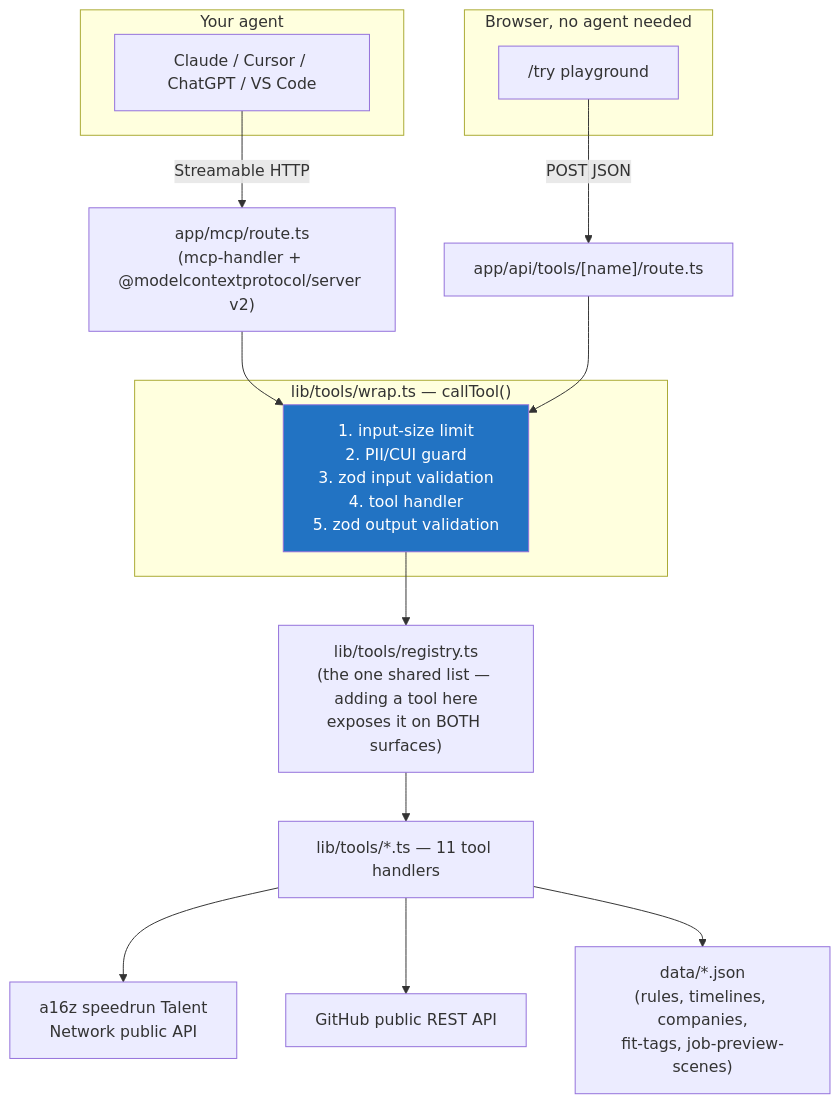
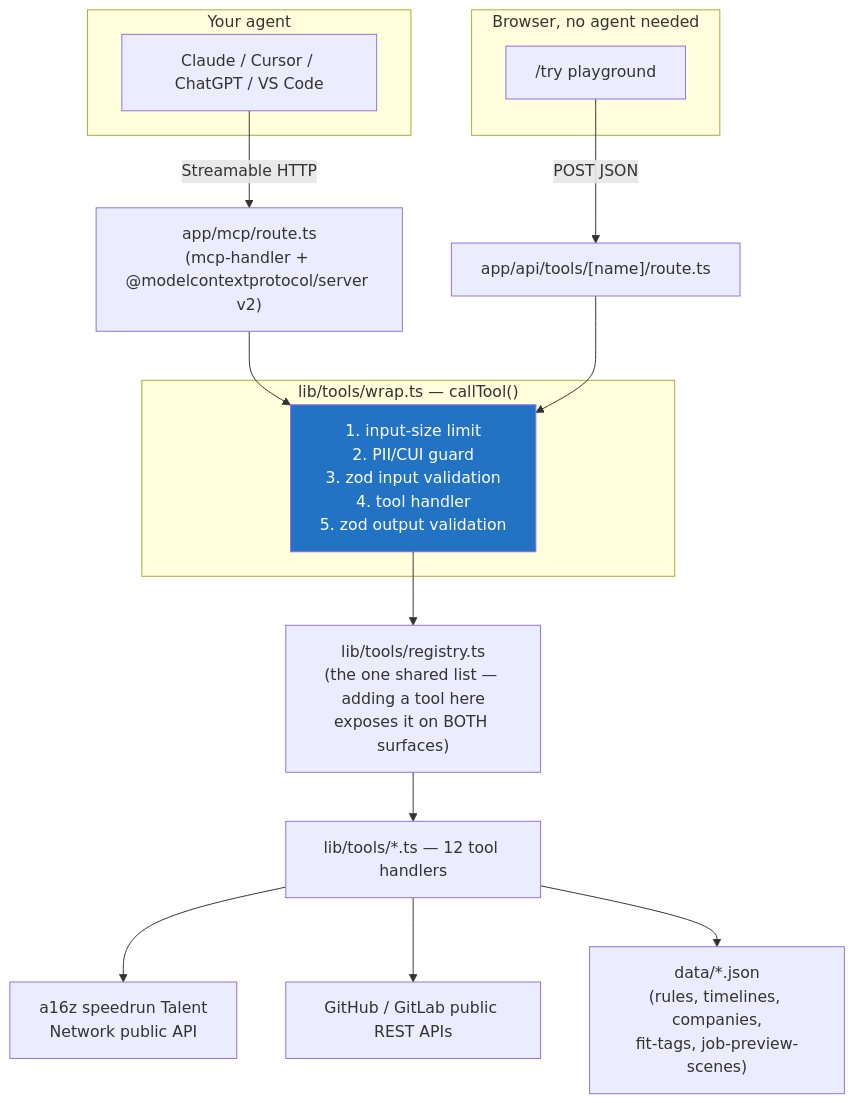
The diagram in README.md (JiwaniZakir/clearance-lens), drawn with Mermaid before and after one commit. The commit also changed other lines of this file, not shown here.

Commit message:
docs: README was still listing 11 tools, missing prepare_signed_attestation and the GitLab path
Caught before persisting README content as judge-visible input for round
7 — the tools table, tool-handler count, and architecture diagram's
upstream-API label all predate Clearance Lens v2 (D-032).

Claude-Session: https://claude.ai/code/session_01NYP64oj4ozpMEBRBsEvb6p

````diff
--- a/README.md
+++ b/README.md
@@ -66,28 +67,28 @@
 ```mermaid
 flowchart TB
     subgraph clients["Your agent"]
         A[Claude / Cursor / ChatGPT / VS Code]
     end
     subgraph browser["Browser, no agent needed"]
         B["/try playground"]
     end
 
     A -- "Streamable HTTP" --> MCP["app/mcp/route.ts<br/>(mcp-handler + @modelcontextprotocol/server v2)"]
     B -- "POST JSON" --> API["app/api/tools/[name]/route.ts"]
 
     MCP --> Wrap
     API --> Wrap
 
     subgraph core["lib/tools/wrap.ts — callTool()"]
         Wrap["1. input-size limit<br/>2. PII/CUI guard<br/>3. zod input validation<br/>4. tool handler<br/>5. zod output validation"]
     end
 
     Wrap --> Registry["lib/tools/registry.ts<br/>(the one shared list — adding a tool here\nexposes it on BOTH surfaces)"]
-    Registry --> Handlers["lib/tools/*.ts — 11 tool handlers"]
+    Registry --> Handlers["lib/tools/*.ts — 12 tool handlers"]
 
     Handlers --> Speedrun["a16z speedrun Talent\nNetwork public API"]
-    Handlers --> GitHub["GitHub public REST API"]
+    Handlers --> GitHub["GitHub / GitLab public REST APIs"]
     Handlers --> Data["data/*.json\n(rules, timelines, companies,\nfit-tags, job-preview-scenes)"]
 
     style Wrap fill:#2273c3,color:#fff
 ```
````
